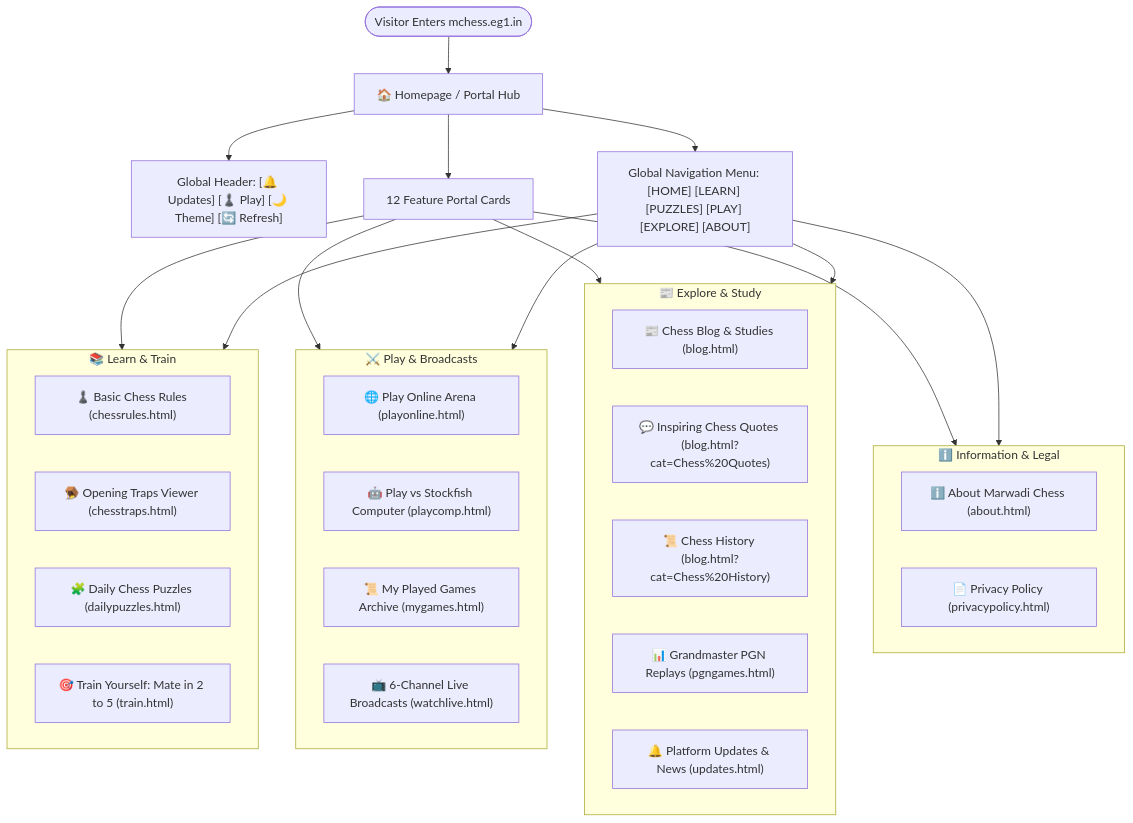
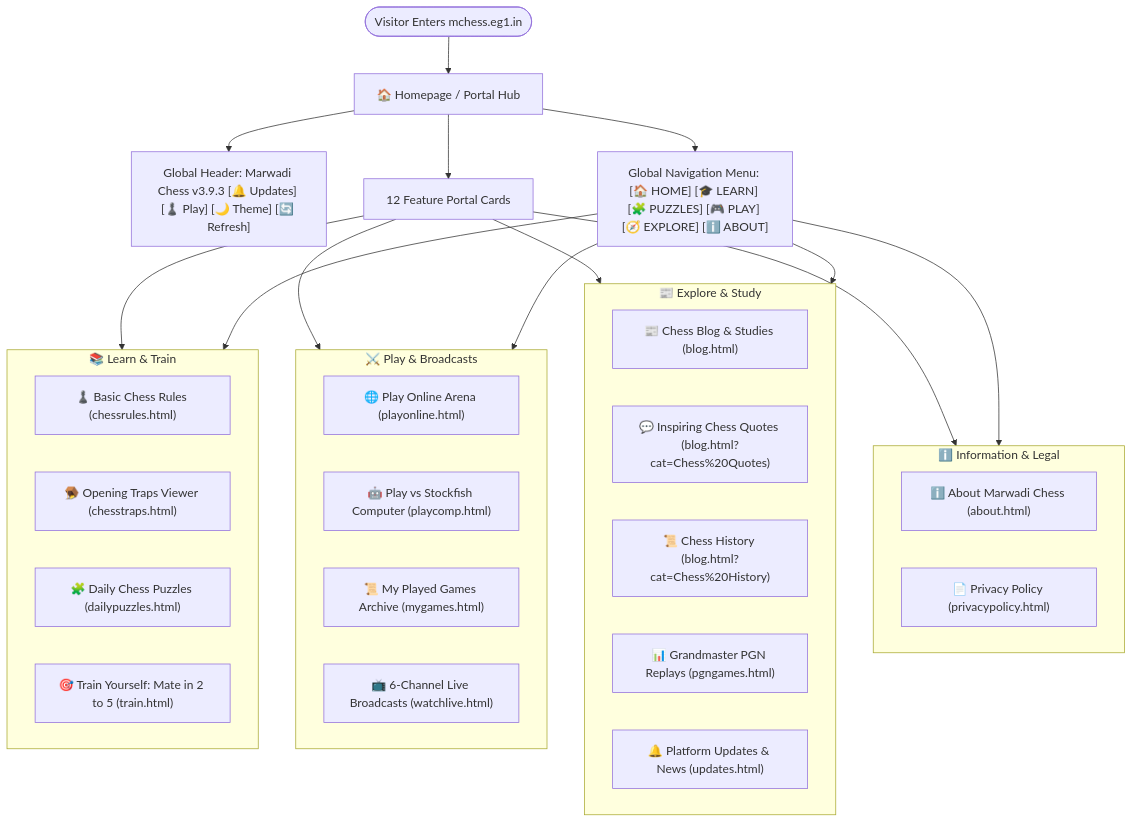
Before and after one commit to EG1DOTIN/mchess.eg1.in: the diagram in README.md, drawn with Mermaid. The commit also changed other lines of this file and 15 other files, not shown here.

First line of the commit message:
feat(navigation): add menu icons, brand superscript, and dynamic version SSOT engine

````diff
--- a/README.md
+++ b/README.md
@@ -32,45 +32,45 @@
 ```mermaid
 flowchart TD
     Start(["Visitor Enters mchess.eg1.in"]) --> Home["🏠 Homepage / Portal Hub"]
 
-    Home --> HeaderBar["Global Header: [🔔 Updates] [♟️ Play] [🌙 Theme] [🔄 Refresh]"]
-    Home --> NavMenu["Global Navigation Menu: [HOME] [LEARN] [PUZZLES] [PLAY] [EXPLORE] [ABOUT]"]
+    Home --> HeaderBar["Global Header: Marwadi Chess v3.9.3 [🔔 Updates] [♟️ Play] [🌙 Theme] [🔄 Refresh]"]
+    Home --> NavMenu["Global Navigation Menu: [🏠 HOME] [🎓 LEARN] [🧩 PUZZLES] [🎮 PLAY] [🧭 EXPLORE] [ℹ️ ABOUT]"]
     Home --> FeatureCards["12 Feature Portal Cards"]
 
     subgraph Learn_And_Train ["📚 Learn & Train"]
         Rules["♟️ Basic Chess Rules (chessrules.html)"]
         Traps["🪤 Opening Traps Viewer (chesstraps.html)"]
         DailyPuzzles["🧩 Daily Chess Puzzles (dailypuzzles.html)"]
         TacticsTrain["🎯 Train Yourself: Mate in 2 to 5 (train.html)"]
     end
 
     subgraph Play_And_Watch ["⚔️ Play & Broadcasts"]
         PlayOnline["🌐 Play Online Arena (playonline.html)"]
         PlayComp["🤖 Play vs Stockfish Computer (playcomp.html)"]
         MyGames["📜 My Played Games Archive (mygames.html)"]
         WatchLive["📺 6-Channel Live Broadcasts (watchlive.html)"]
     end
 
     subgraph Explore_And_Read ["📰 Explore & Study"]
         Blog["📰 Chess Blog & Studies (blog.html)"]
         Quotes["💬 Inspiring Chess Quotes (blog.html?cat=Chess%20Quotes)"]
         History["📜 Chess History (blog.html?cat=Chess%20History)"]
         PGN["📊 Grandmaster PGN Replays (pgngames.html)"]
         News["🔔 Platform Updates & News (updates.html)"]
     end
 
     subgraph Info_And_Community ["ℹ️ Information & Legal"]
         About["ℹ️ About Marwadi Chess (about.html)"]
         Privacy["📄 Privacy Policy (privacypolicy.html)"]
     end
 
     FeatureCards --> Learn_And_Train
     FeatureCards --> Play_And_Watch
     FeatureCards --> Explore_And_Read
     FeatureCards --> Info_And_Community
 
     NavMenu --> Learn_And_Train
     NavMenu --> Play_And_Watch
     NavMenu --> Explore_And_Read
     NavMenu --> Info_And_Community
 ```
````
